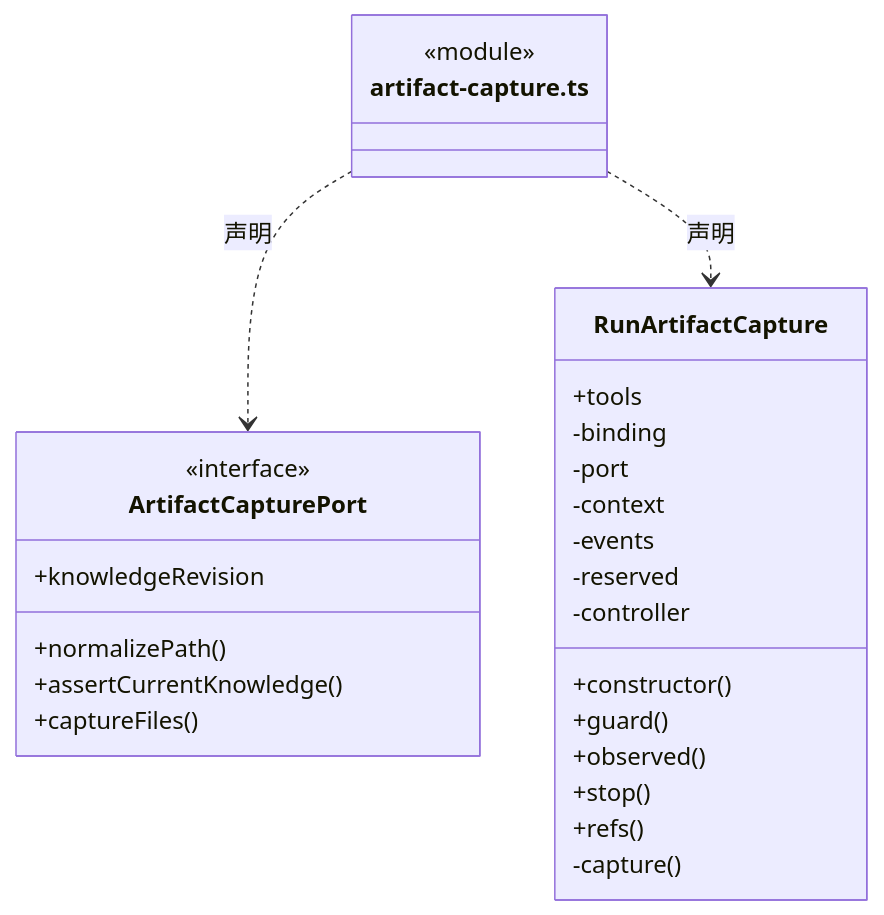
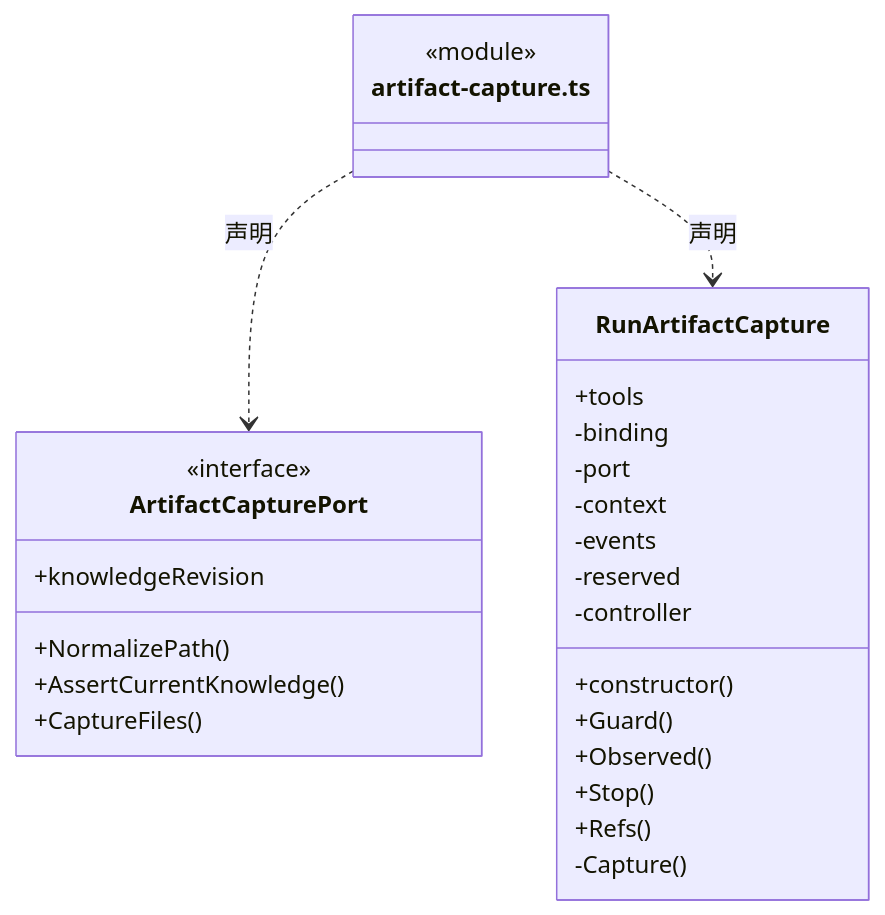
One commit to nan023062/cbim changed the first of 18 diagrams in src/logic/execution/rules/capabilities/ARCHITECTURE.md. Above: the diagram before and after it, drawn with Mermaid. The commit also changed other lines of this file and 1035 other files, not shown here.

````diff
--- a/src/logic/execution/rules/capabilities/ARCHITECTURE.md
+++ b/src/logic/execution/rules/capabilities/ARCHITECTURE.md
@@ -31,30 +31,30 @@
 ```mermaid
 classDiagram
 class N_src_logic_execution_rules_capabilities_artifact_capture_ts["artifact-capture.ts"] {
   <<module>>
 }
 class N_src_logic_execution_rules_capabilities_artifact_capture_ts_ArtifactCapturePort["ArtifactCapturePort"] {
   <<interface>>
   +knowledgeRevision
-  +normalizePath()
-  +assertCurrentKnowledge()
-  +captureFiles()
+  +NormalizePath()
+  +AssertCurrentKnowledge()
+  +CaptureFiles()
 }
 N_src_logic_execution_rules_capabilities_artifact_capture_ts ..> N_src_logic_execution_rules_capabilities_artifact_capture_ts_ArtifactCapturePort : 声明
 class N_src_logic_execution_rules_capabilities_artifact_capture_ts_RunArtifactCapture["RunArtifactCapture"] {
   +tools
   +constructor()
-  +guard()
-  +observed()
-  +stop()
-  +refs()
+  +Guard()
+  +Observed()
+  +Stop()
+  +Refs()
   -binding
   -port
   -context
   -events
   -reserved
   -controller
-  -capture()
+  -Capture()
 }
 N_src_logic_execution_rules_capabilities_artifact_capture_ts ..> N_src_logic_execution_rules_capabilities_artifact_capture_ts_RunArtifactCapture : 声明
 ```
````
